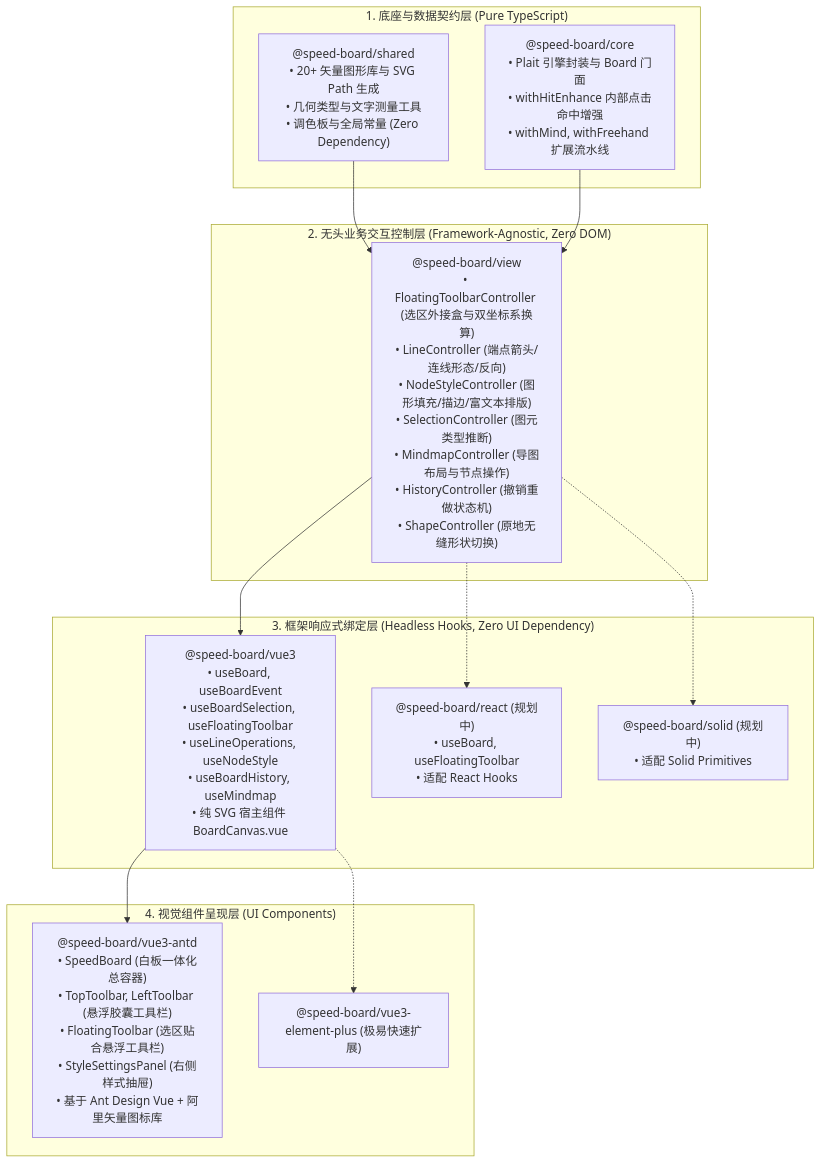
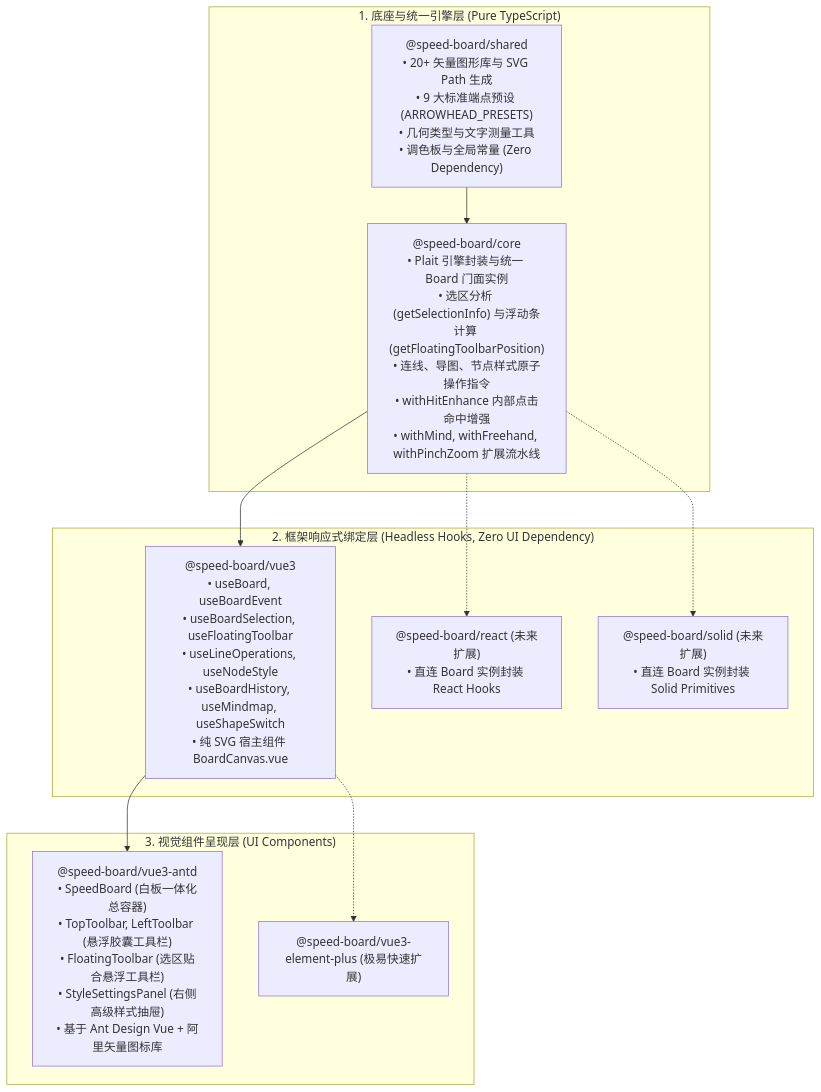
Before and after one commit to whateveryoudo/speed-board: the diagram in README.md, drawn with Mermaid. The commit also changed other lines of this file and 27 other files, not shown here.

Commit message:
refactor: eliminate @speed-board/view pass-through package and consolidate into @speed-board/core

````diff
--- a/README.md
+++ b/README.md
@@ -86,30 +86,25 @@
 ```mermaid
 graph TD
-    subgraph CoreLayer ["1. 底座与数据契约层 (Pure TypeScript)"]
-        Shared["@speed-board/shared<br/>• 20+ 矢量图形库与 SVG Path 生成<br/>• 几何类型与文字测量工具<br/>• 调色板与全局常量 (Zero Dependency)"]
-        Core["@speed-board/core<br/>• Plait 引擎封装与 Board 门面<br/>• withHitEnhance 内部点击命中增强<br/>• withMind, withFreehand 扩展流水线"]
+    subgraph CoreFoundation ["1. 底座与统一引擎层 (Pure TypeScript)"]
+        Shared["@speed-board/shared<br/>• 20+ 矢量图形库与 SVG Path 生成<br/>• 9 大标准端点预设 (ARROWHEAD_PRESETS)<br/>• 几何类型与文字测量工具<br/>• 调色板与全局常量 (Zero Dependency)"]
+        Core["@speed-board/core<br/>• Plait 引擎封装与统一 Board 门面实例<br/>• 选区分析 (getSelectionInfo) 与浮动条计算 (getFloatingToolbarPosition)<br/>• 连线、导图、节点样式原子操作指令<br/>• withHitEnhance 内部点击命中增强<br/>• withMind, withFreehand, withPinchZoom 扩展流水线"]
     end
 
-    subgraph ControllerLayer ["2. 无头业务交互控制层 (Framework-Agnostic, Zero DOM)"]
-        View["@speed-board/view<br/>• FloatingToolbarController (选区外接盒与双坐标系换算)<br/>• LineController (端点箭头/连线形态/反向)<br/>• NodeStyleController (图形填充/描边/富文本排版)<br/>• SelectionController (图元类型推断)<br/>• MindmapController (导图布局与节点操作)<br/>• HistoryController (撤销重做状态机)<br/>• ShapeController (原地无缝形状切换)"]
+    subgraph FrameworkLayer ["2. 框架响应式绑定层 (Headless Hooks, Zero UI Dependency)"]
+        Vue3["@speed-board/vue3<br/>• useBoard, useBoardEvent<br/>• useBoardSelection, useFloatingToolbar<br/>• useLineOperations, useNodeStyle<br/>• useBoardHistory, useMindmap, useShapeSwitch<br/>• 纯 SVG 宿主组件 BoardCanvas.vue"]
+        React["@speed-board/react (未来扩展)<br/>• 直连 Board 实例封装 React Hooks"]
+        Solid["@speed-board/solid (未来扩展)<br/>• 直连 Board 实例封装 Solid Primitives"]
     end
 
-    subgraph FrameworkLayer ["3. 框架响应式绑定层 (Headless Hooks, Zero UI Dependency)"]
-        Vue3["@speed-board/vue3<br/>• useBoard, useBoardEvent<br/>• useBoardSelection, useFloatingToolbar<br/>• useLineOperations, useNodeStyle<br/>• useBoardHistory, useMindmap<br/>• 纯 SVG 宿主组件 BoardCanvas.vue"]
-        React["@speed-board/react (规划中)<br/>• useBoard, useFloatingToolbar<br/>• 适配 React Hooks"]
-        Solid["@speed-board/solid (规划中)<br/>• 适配 Solid Primitives"]
-    end
-
-    subgraph PresentationLayer ["4. 视觉组件呈现层 (UI Components)"]
-        Vue3Antd["@speed-board/vue3-antd<br/>• SpeedBoard (白板一体化总容器)<br/>• TopToolbar, LeftToolbar (悬浮胶囊工具栏)<br/>• FloatingToolbar (选区贴合悬浮工具栏)<br/>• StyleSettingsPanel (右侧样式抽屉)<br/>• 基于 Ant Design Vue + 阿里矢量图标库"]
+    subgraph PresentationLayer ["3. 视觉组件呈现层 (UI Components)"]
+        Vue3Antd["@speed-board/vue3-antd<br/>• SpeedBoard (白板一体化总容器)<br/>• TopToolbar, LeftToolbar (悬浮胶囊工具栏)<br/>• FloatingToolbar (选区贴合悬浮工具栏)<br/>• StyleSettingsPanel (右侧高级样式抽屉)<br/>• 基于 Ant Design Vue + 阿里矢量图标库"]
         ElementPlus["@speed-board/vue3-element-plus (极易快速扩展)"]
     end
 
-    Shared --> View
-    Core --> View
-    View --> Vue3
-    View -.-> React
-    View -.-> Solid
+    Shared --> Core
+    Core --> Vue3
+    Core -.-> React
+    Core -.-> Solid
     Vue3 --> Vue3Antd
     Vue3 -.-> ElementPlus
 ```
````
